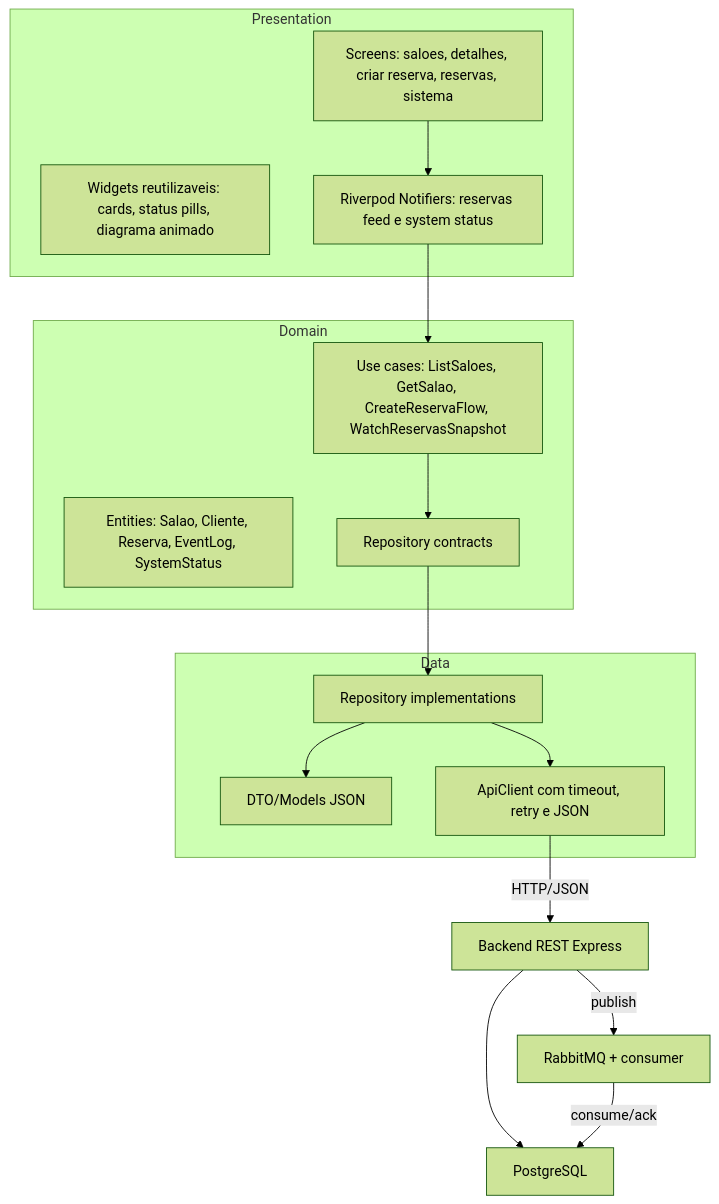
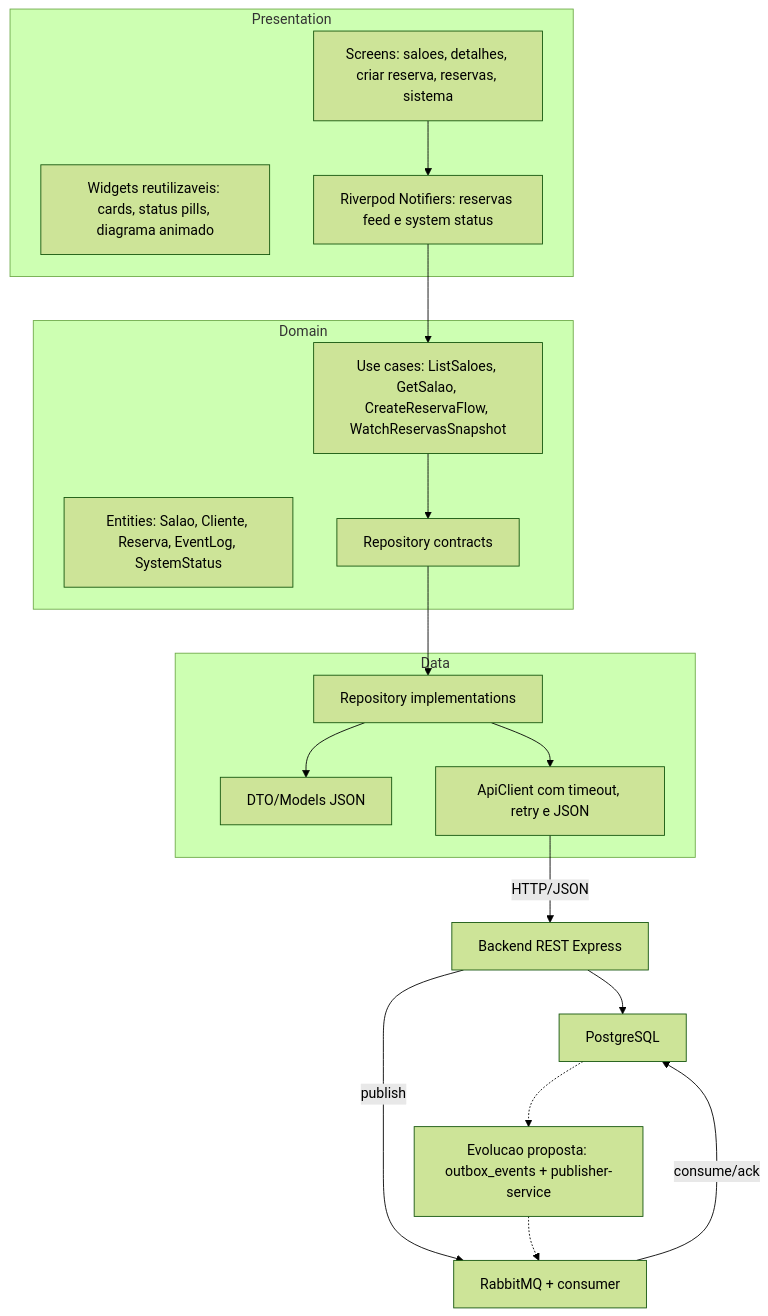
The diagram in docs/sprint3/arquitetura-app-cliente.md (arthur-am/salon-manager), drawn with Mermaid (forest theme) before and after one commit. The commit also changed other lines of this file and 6 other files, not shown here.

````diff
--- a/docs/sprint3/arquitetura-app-cliente.md
+++ b/docs/sprint3/arquitetura-app-cliente.md
@@ -9,35 +9,38 @@
 ```mermaid
 flowchart TB
   subgraph Presentation["Presentation"]
     Screens["Screens: saloes, detalhes, criar reserva, reservas, sistema"]
     Widgets["Widgets reutilizaveis: cards, status pills, diagrama animado"]
     Controllers["Riverpod Notifiers: reservas feed e system status"]
   end
 
   subgraph Domain["Domain"]
     Entities["Entities: Salao, Cliente, Reserva, EventLog, SystemStatus"]
     UseCases["Use cases: ListSaloes, GetSalao, CreateReservaFlow, WatchReservasSnapshot"]
     Contracts["Repository contracts"]
   end
 
   subgraph Data["Data"]
     Repositories["Repository implementations"]
     Models["DTO/Models JSON"]
     ApiClient["ApiClient com timeout, retry e JSON"]
   end
 
   Backend["Backend REST Express"]
   MOM["RabbitMQ + consumer"]
   DB["PostgreSQL"]
+  Outbox["Evolucao proposta: outbox_events + publisher-service"]
 
   Screens --> Controllers
   Controllers --> UseCases
   UseCases --> Contracts
   Contracts --> Repositories
   Repositories --> Models
   Repositories --> ApiClient
   ApiClient -->|"HTTP/JSON"| Backend
   Backend --> DB
   Backend -->|"publish"| MOM
   MOM -->|"consume/ack"| DB
+  DB -.-> Outbox
+  Outbox -.-> MOM
 ```
````
